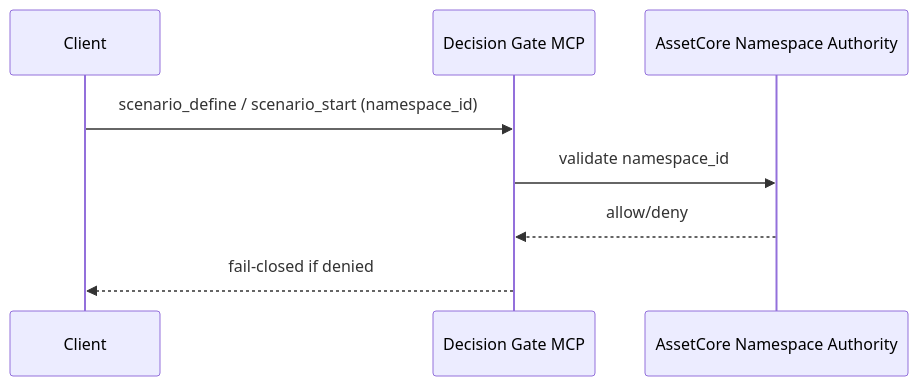
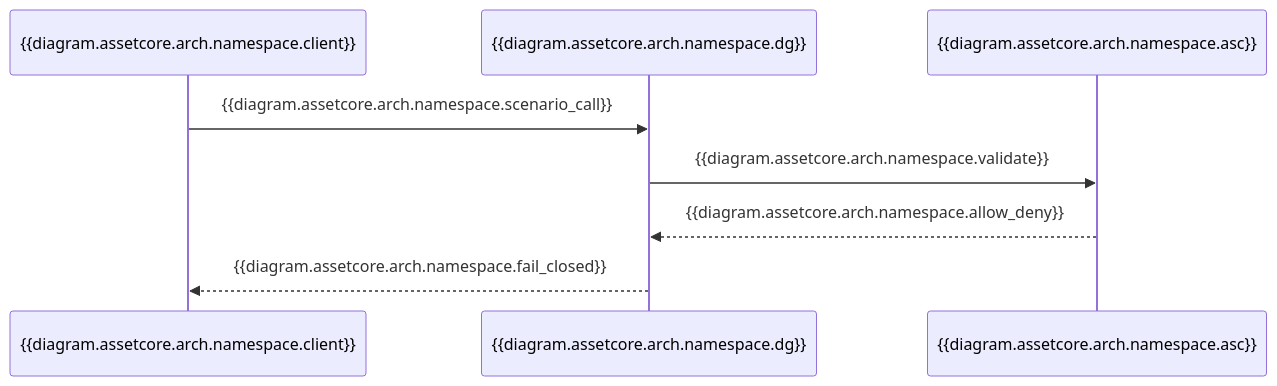
The second of 3 diagrams in Docs/integrations/assetcore/architecture.md (DaRealYungBidness/decision-gate), drawn with Mermaid before and after one commit. The commit also changed other lines of this file and 119 other files, not shown here.

````diff
--- a/Docs/integrations/assetcore/architecture.md
+++ b/Docs/integrations/assetcore/architecture.md
@@ -28,11 +29,12 @@
 ```mermaid
+%% alt: {{diagram.assetcore.arch.namespace.alt}}
 sequenceDiagram
-  participant Client as Client
-  participant DG as Decision Gate MCP
-  participant ASC as AssetCore Namespace Authority
+  participant Client as {{diagram.assetcore.arch.namespace.client}}
+  participant DG as {{diagram.assetcore.arch.namespace.dg}}
+  participant ASC as {{diagram.assetcore.arch.namespace.asc}}
 
-  Client->>DG: scenario_define / scenario_start (namespace_id)
-  DG->>ASC: validate namespace_id
-  ASC-->>DG: allow/deny
-  DG-->>Client: fail-closed if denied
+  Client->>DG: {{diagram.assetcore.arch.namespace.scenario_call}}
+  DG->>ASC: {{diagram.assetcore.arch.namespace.validate}}
+  ASC-->>DG: {{diagram.assetcore.arch.namespace.allow_deny}}
+  DG-->>Client: {{diagram.assetcore.arch.namespace.fail_closed}}
 ```
````
